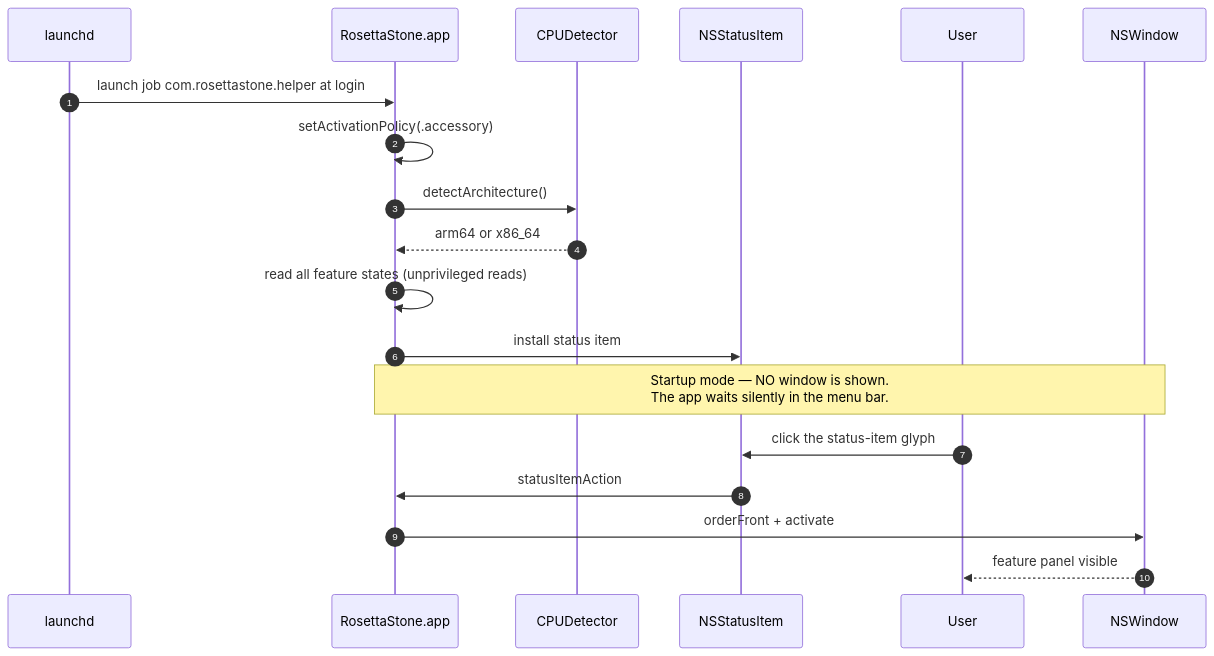
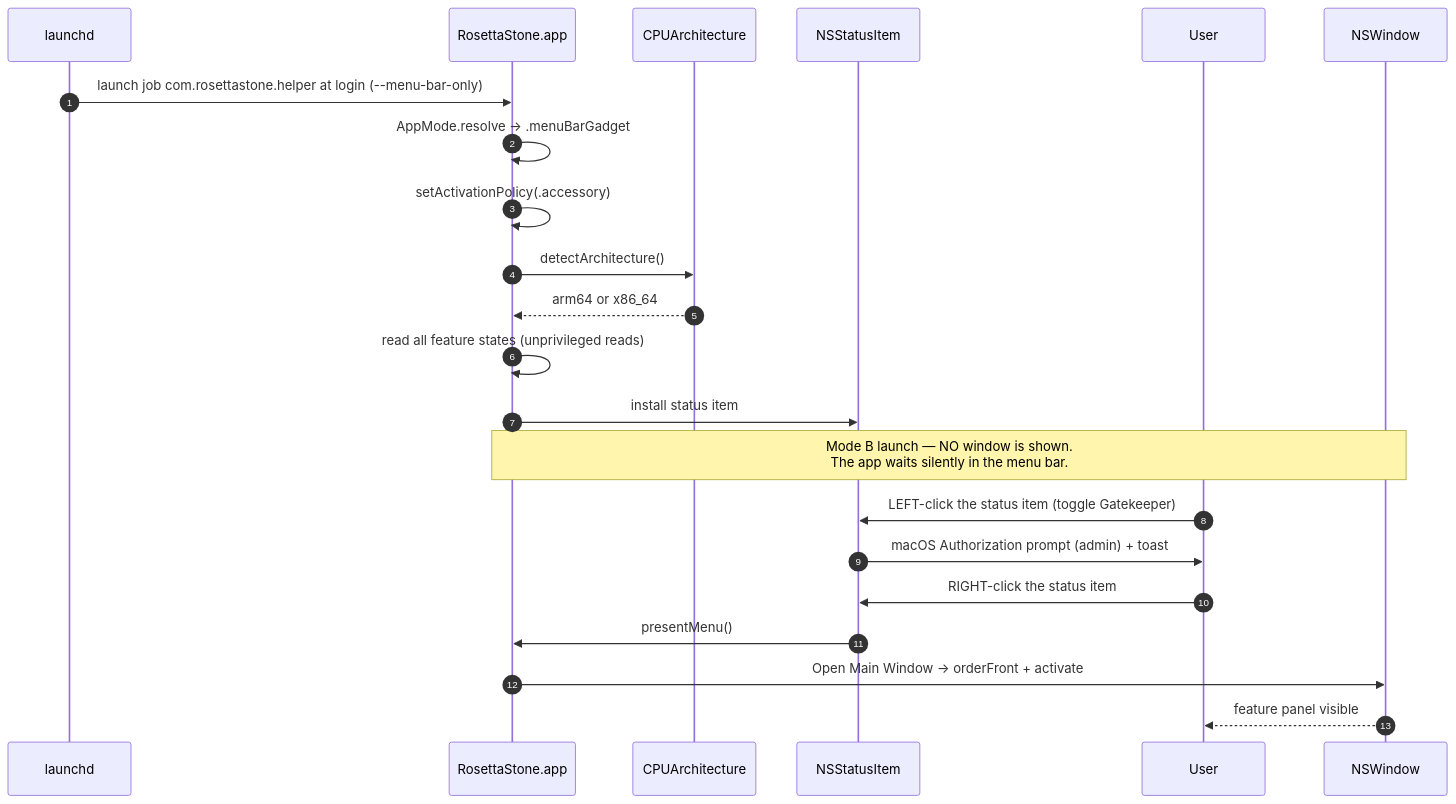
One commit to pppoipoit/Rosetta_Stone changed the fourth of 7 diagrams in docs/ARCHITECTURE.md. Above: the diagram before and after it, drawn with Mermaid. The commit also changed other lines of this file and 24 other files, not shown here.

First line of the commit message:
feat: implement true dual-mode behavior + Sequoia Gatekeeper 2-step

````diff
--- a/docs/ARCHITECTURE.md
+++ b/docs/ARCHITECTURE.md
@@ -174,22 +207,25 @@
 ```mermaid
 sequenceDiagram
     autonumber
     participant LD as launchd
     participant AP as RosettaStone.app
-    participant CPU as CPUDetector
+    participant CPU as CPUArchitecture
     participant ST as NSStatusItem
     participant U as User
     participant W as NSWindow
 
-    LD->>AP: launch job com.rosettastone.helper at login
+    LD->>AP: launch job com.rosettastone.helper at login (--menu-bar-only)
+    AP->>AP: AppMode.resolve → .menuBarGadget
     AP->>AP: setActivationPolicy(.accessory)
     AP->>CPU: detectArchitecture()
     CPU-->>AP: arm64 or x86_64
     AP->>AP: read all feature states (unprivileged reads)
     AP->>ST: install status item
-    Note over AP,W: Startup mode — NO window is shown.<br/>The app waits silently in the menu bar.
-    U->>ST: click the status-item glyph
-    ST->>AP: statusItemAction
-    AP->>W: orderFront + activate
+    Note over AP,W: Mode B launch — NO window is shown.<br/>The app waits silently in the menu bar.
+    U->>ST: LEFT-click the status item (toggle Gatekeeper)
+    ST->>U: macOS Authorization prompt (admin) + toast
+    U->>ST: RIGHT-click the status item
+    ST->>AP: presentMenu()
+    AP->>W: Open Main Window → orderFront + activate
     W-->>U: feature panel visible
 ```
````
